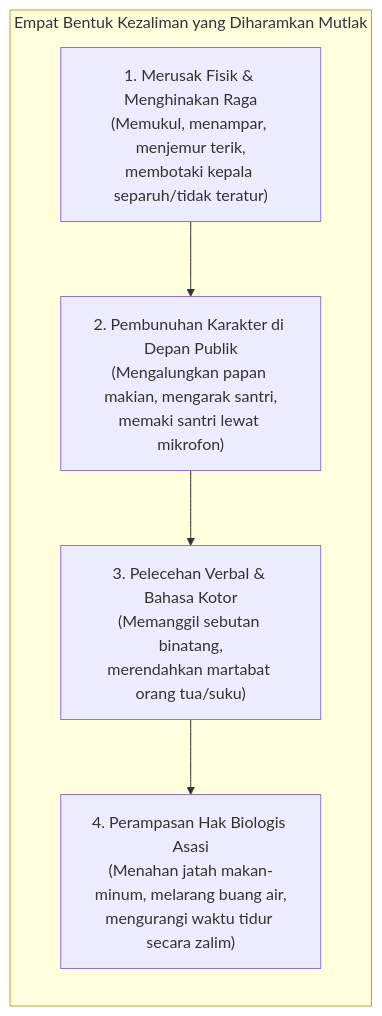
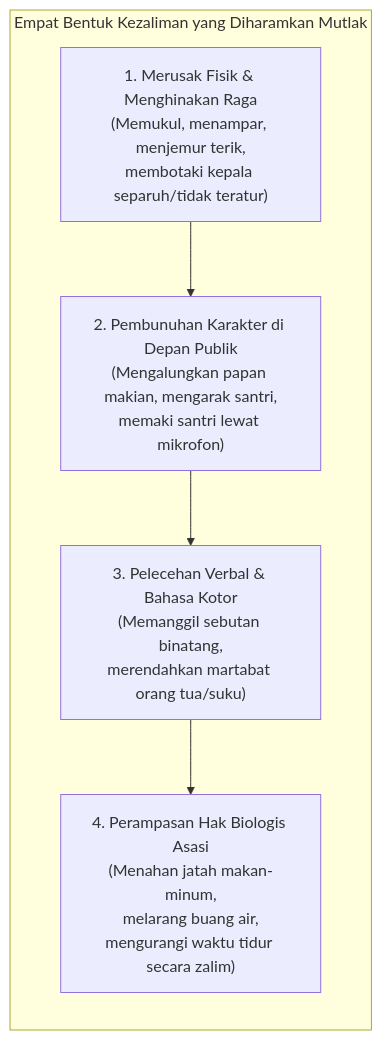
One commit to wandiapriliyandi/tumbuh changed the fifth of 7 diagrams in BOOK Series 1/01-The-Fundamental-of-TUMBUH/Bab-02-Pandangan-Alam-Islam-sebagai-Poros-Pendidikan.md. Above: the diagram before and after it, drawn with Mermaid. The commit also changed other lines of this file and 37 other files, not shown here.

Commit message:
fix(book-01): optimasi pemenggalan teks dan overflow seluruh diagram serta render ulang 20 PDF

````diff
--- a/BOOK Series 1/01-The-Fundamental-of-TUMBUH/Bab-02-Pandangan-Alam-Islam-sebagai-Poros-Pendidikan.md
+++ b/BOOK Series 1/01-The-Fundamental-of-TUMBUH/Bab-02-Pandangan-Alam-Islam-sebagai-Poros-Pendidikan.md
@@ -203,11 +203,11 @@
 ```mermaid
 graph TD
     subgraph EMPAT_KEHARAMAN_PENGASUHAN["Empat Bentuk Kezaliman yang Diharamkan Mutlak"]
         direction TB
         H1["1. Merusak Fisik & Menghinakan Raga<br/>(Memukul, menampar, menjemur terik,<br/>membotaki kepala separuh/tidak teratur)"]
         H2["2. Pembunuhan Karakter di Depan Publik<br/>(Mengalungkan papan makian, mengarak santri,<br/>memaki santri lewat mikrofon)"]
         H3["3. Pelecehan Verbal & Bahasa Kotor<br/>(Memanggil sebutan binatang,<br/>merendahkan martabat orang tua/suku)"]
-        H4["4. Perampasan Hak Biologis Asasi<br/>(Menahan jatah makan-minum, melarang buang air,<br/>mengurangi waktu tidur secara zalim)"]
+        H4["4. Perampasan Hak Biologis Asasi<br/>(Menahan jatah makan-minum,<br/>melarang buang air,<br/>mengurangi waktu tidur secara zalim)"]
         H1 --> H2 --> H3 --> H4
     end
 ```
````
